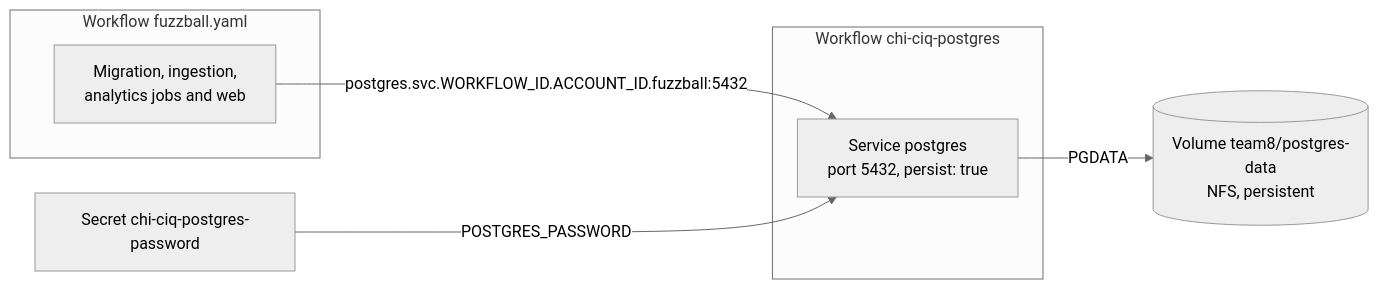
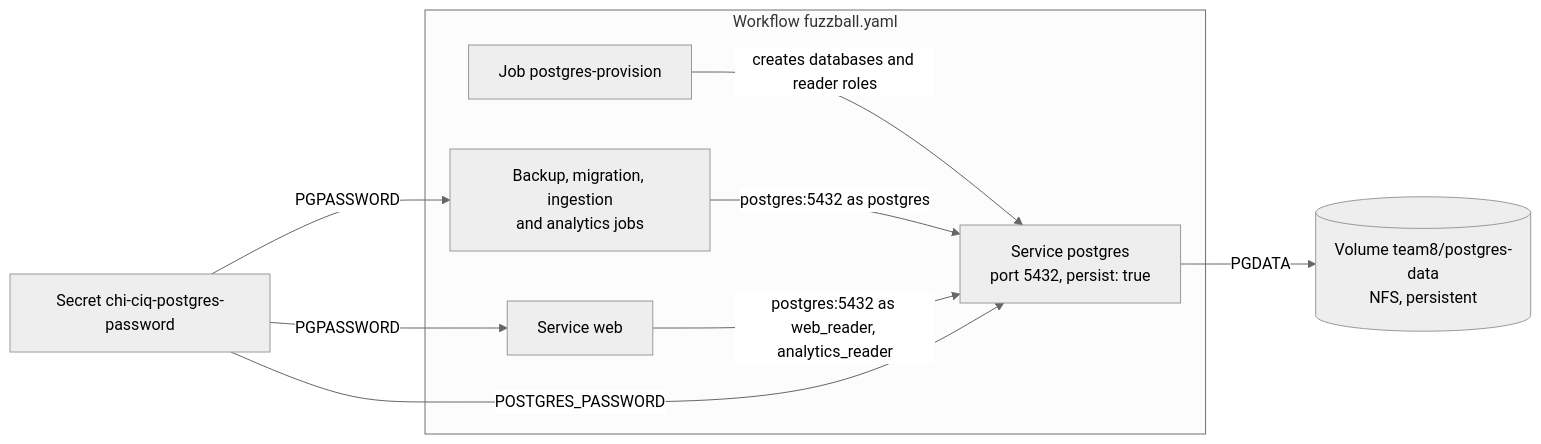
The diagram in README.md (ek775/chi-ciq-26), drawn with Mermaid (neutral theme) before and after one commit. The commit also changed other lines of this file and 6 other files, not shown here.

First line of the commit message:
Run PostgreSQL as a service of the deployment workflow

````diff
--- a/README.md
+++ b/README.md
@@ -186,14 +175,18 @@
 ```mermaid
 flowchart LR
-  subgraph postgres_workflow["Workflow chi-ciq-postgres"]
+  subgraph deployment_workflow["Workflow fuzzball.yaml"]
     postgres_service["Service postgres<br/>port 5432, persist: true"]
-  end
-  subgraph deployment_workflow["Workflow fuzzball.yaml"]
-    pipeline_jobs["Migration, ingestion,<br/>analytics jobs and web"]
+    provision_job["Job postgres-provision"]
+    pipeline_jobs["Backup, migration, ingestion<br/>and analytics jobs"]
+    web_service["Service web"]
   end
   data_volume[("Volume team8/postgres-data<br/>NFS, persistent")]
   password_secret["Secret chi-ciq-postgres-password"]
-  pipeline_jobs -->|"postgres.svc.WORKFLOW_ID.ACCOUNT_ID.fuzzball:5432"| postgres_service
+  provision_job -->|"creates databases and reader roles"| postgres_service
+  pipeline_jobs -->|"postgres:5432 as postgres"| postgres_service
+  web_service -->|"postgres:5432 as web_reader, analytics_reader"| postgres_service
   postgres_service -->|"PGDATA"| data_volume
   password_secret -->|"POSTGRES_PASSWORD"| postgres_service
+  password_secret -->|"PGPASSWORD"| pipeline_jobs
+  password_secret -->|"PGPASSWORD"| web_service
 ```
````
